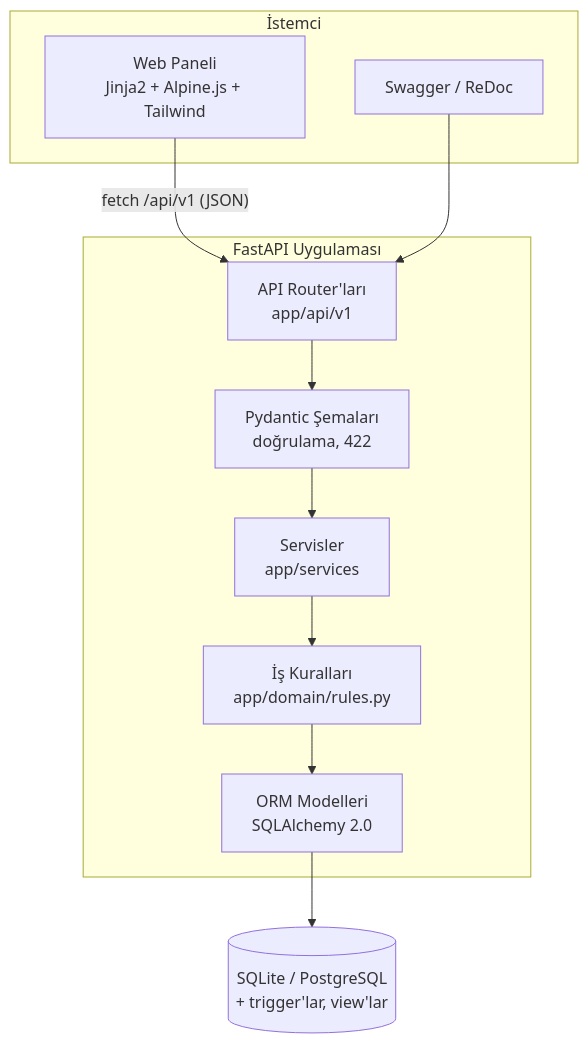
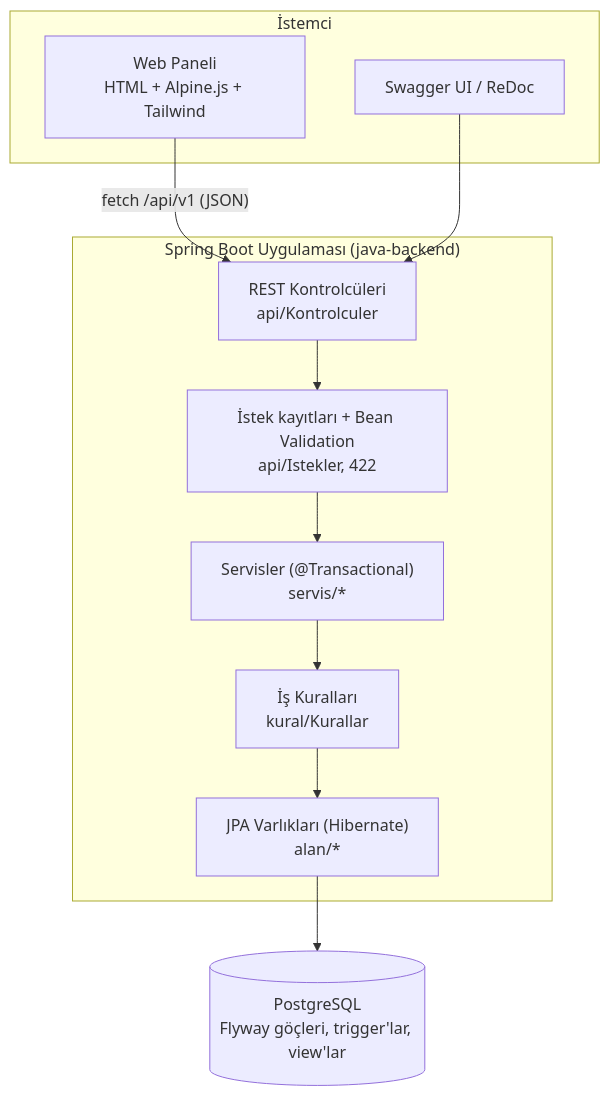
Before and after one commit to nisanurhrmn1/siirt-fistik-sistemi: the diagram in README.md, drawn with Mermaid. The commit also changed other lines of this file and 80 other files, not shown here.

First line of the commit message:
feat: Java 21 / Spring Boot 3 sunucusuna geçiş

````diff
--- a/README.md
+++ b/README.md
@@ -130,19 +130,19 @@
 ```mermaid
 flowchart TB
     subgraph İstemci
-        P["Web Paneli<br/>Jinja2 + Alpine.js + Tailwind"]
-        S["Swagger / ReDoc"]
+        P["Web Paneli<br/>HTML + Alpine.js + Tailwind"]
+        S["Swagger UI / ReDoc"]
     end
-    subgraph "FastAPI Uygulaması"
-        R["API Router'ları<br/>app/api/v1"]
-        V["Pydantic Şemaları<br/>doğrulama, 422"]
-        SV["Servisler<br/>app/services"]
-        D["İş Kuralları<br/>app/domain/rules.py"]
-        M["ORM Modelleri<br/>SQLAlchemy 2.0"]
+    subgraph "Spring Boot Uygulaması (java-backend)"
+        R["REST Kontrolcüleri<br/>api/Kontrolculer"]
+        V["İstek kayıtları + Bean Validation<br/>api/Istekler, 422"]
+        SV["Servisler (@Transactional)<br/>servis/*"]
+        D["İş Kuralları<br/>kural/Kurallar"]
+        M["JPA Varlıkları (Hibernate)<br/>alan/*"]
     end
-    DB[("SQLite / PostgreSQL<br/>+ trigger'lar, view'lar")]
+    DB[("PostgreSQL<br/>Flyway göçleri, trigger'lar, view'lar")]
 
     P -- "fetch /api/v1 (JSON)" --> R
     S --> R
     R --> V --> SV --> D --> M --> DB
 ```
````
